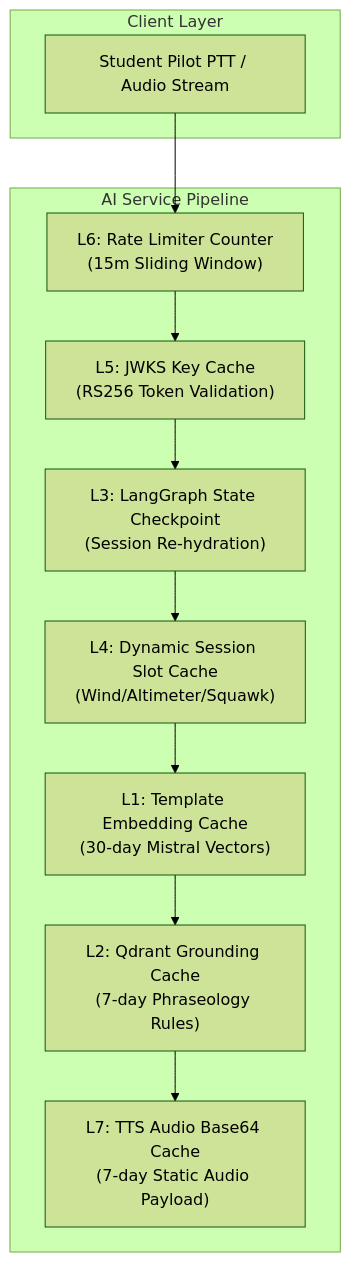
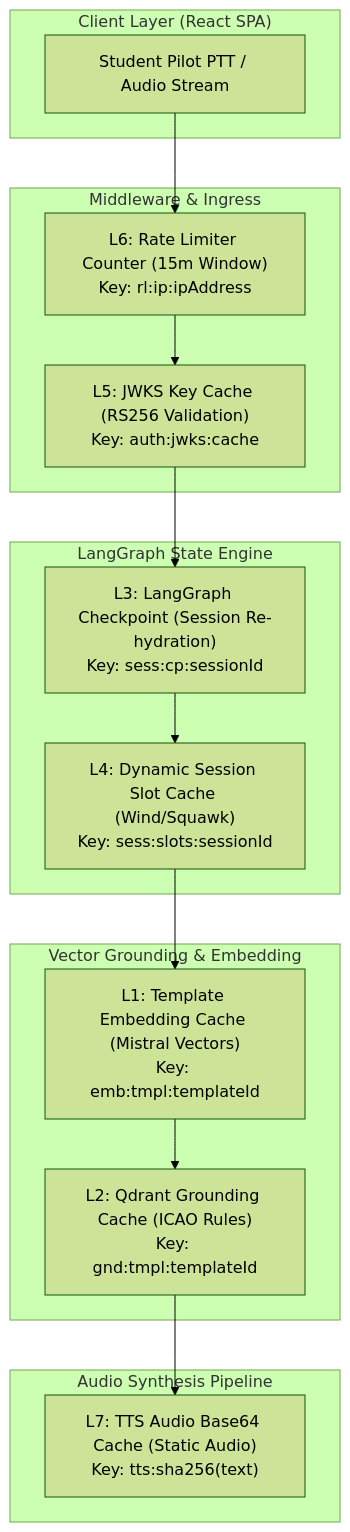
The diagram in docs/redis_7_layer_architecture.md (Sahil-coder-30/Flight_Prep_Voice_Agent), drawn with Mermaid (forest theme) before and after one commit. The commit also changed other lines of this file and 7 other files, not shown here.

Commit message:
chore: standardize and enhance documentation across all microservices and add business architecture docs

````diff
--- a/docs/redis_7_layer_architecture.md
+++ b/docs/redis_7_layer_architecture.md
@@ -29,24 +74,33 @@
 ```mermaid
 flowchart TD
-    subgraph Client ["Client Layer"]
+    subgraph Client ["Client Layer (React SPA)"]
         PTT["Student Pilot PTT / Audio Stream"]
     end
 
-    subgraph Service ["AI Service Pipeline"]
-        L5["L5: JWKS Key Cache\n(RS256 Token Validation)"]
-        L6["L6: Rate Limiter Counter\n(15m Sliding Window)"]
-        L3["L3: LangGraph State Checkpoint\n(Session Re-hydration)"]
-        L4["L4: Dynamic Session Slot Cache\n(Wind/Altimeter/Squawk)"]
-        L1["L1: Template Embedding Cache\n(30-day Mistral Vectors)"]
-        L2["L2: Qdrant Grounding Cache\n(7-day Phraseology Rules)"]
-        L7["L7: TTS Audio Base64 Cache\n(7-day Static Audio Payload)"]
+    subgraph Middleware ["Middleware & Ingress"]
+        L6["L6: Rate Limiter Counter (15m Window)<br/>Key: rl:ip:ipAddress"]
+        L5["L5: JWKS Key Cache (RS256 Validation)<br/>Key: auth:jwks:cache"]
+    end
+
+    subgraph StateEngine ["LangGraph State Engine"]
+        L3["L3: LangGraph Checkpoint (Session Re-hydration)<br/>Key: sess:cp:sessionId"]
+        L4["L4: Dynamic Session Slot Cache (Wind/Squawk)<br/>Key: sess:slots:sessionId"]
+    end
+
+    subgraph RAG ["Vector Grounding & Embedding"]
+        L1["L1: Template Embedding Cache (Mistral Vectors)<br/>Key: emb:tmpl:templateId"]
+        L2["L2: Qdrant Grounding Cache (ICAO Rules)<br/>Key: gnd:tmpl:templateId"]
+    end
+
+    subgraph Output ["Audio Synthesis Pipeline"]
+        L7["L7: TTS Audio Base64 Cache (Static Audio)<br/>Key: tts:sha256(text)"]
     end
 
     PTT --> L6
     L6 --> L5
     L5 --> L3
     L3 --> L4
     L4 --> L1
     L1 --> L2
     L2 --> L7
 ```
````
